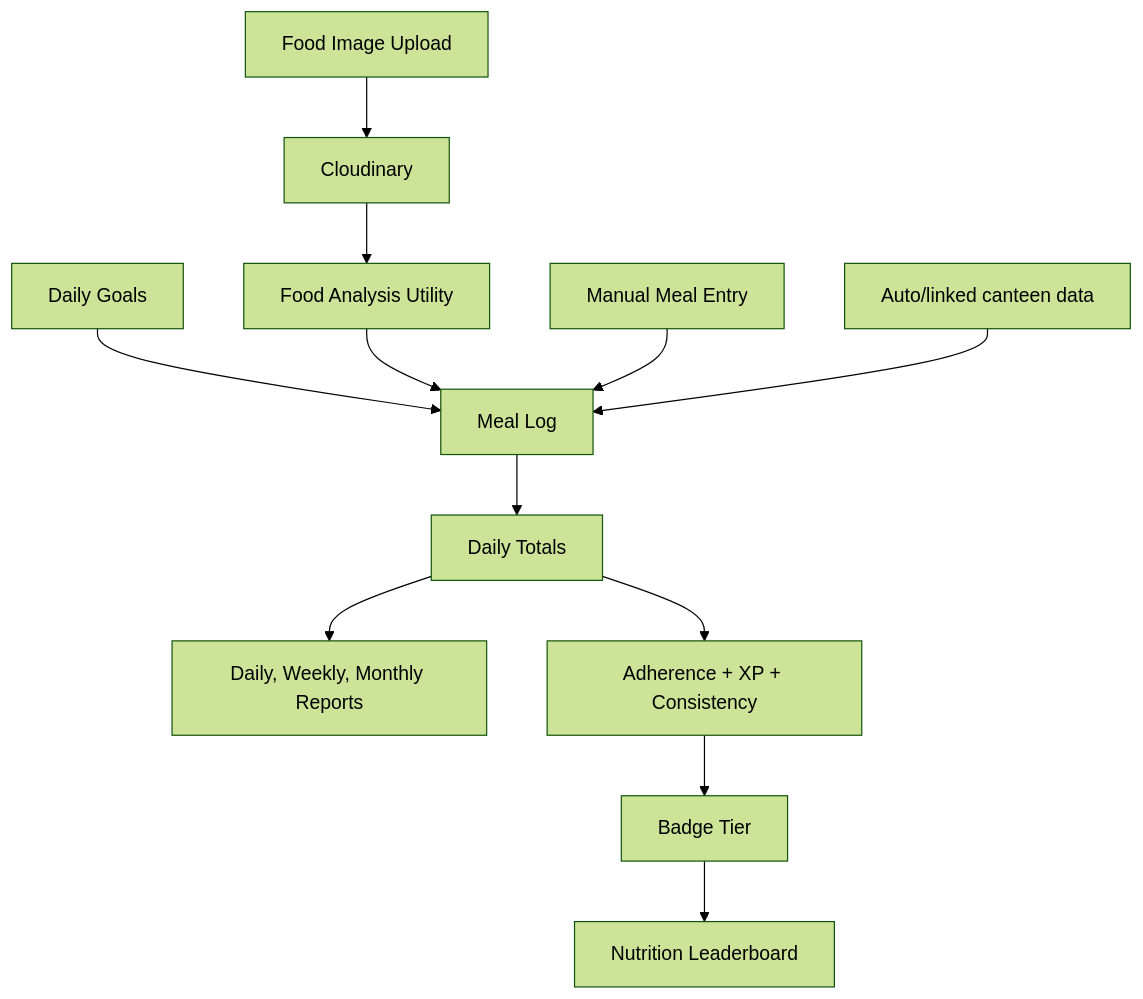
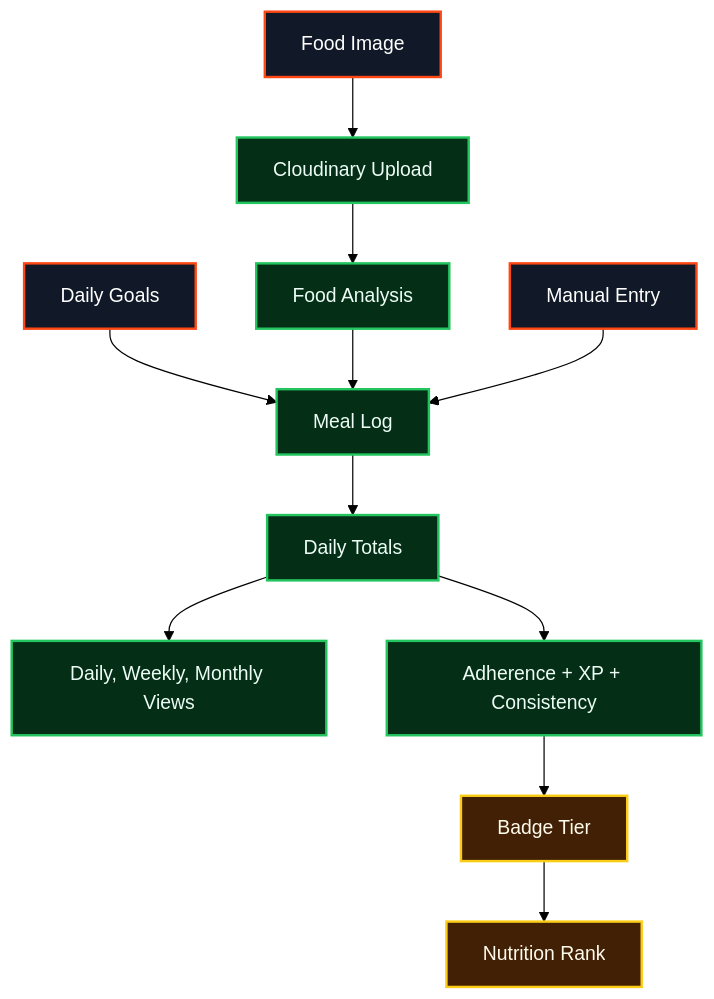
The sixth of 10 diagrams in README.md (dipeshkr04/UniFeast), drawn with Mermaid (forest theme) before and after one commit. The commit also changed other lines of this file and 4 other files, not shown here.

````diff
--- a/README.md
+++ b/README.md
@@ -150,15 +218,22 @@
 ```mermaid
 flowchart TD
-  Goals[Daily Goals] --> Log[Meal Log]
-  Upload[Food Image Upload] --> Cloudinary[Cloudinary]
-  Cloudinary --> AI[Food Analysis Utility]
-  AI --> Log
-  Manual[Manual Meal Entry] --> Log
-  Orders[Auto/linked canteen data] --> Log
+  Goals[Daily Goals] --> Meal[Meal Log]
+  Image[Food Image] --> Cloudinary[Cloudinary Upload]
+  Cloudinary --> Analyzer[Food Analysis]
+  Analyzer --> Meal
+  Manual[Manual Entry] --> Meal
 
-  Log --> Totals[Daily Totals]
-  Totals --> Reports[Daily, Weekly, Monthly Reports]
-  Totals --> Scoring[Adherence + XP + Consistency]
-  Scoring --> Badge[Badge Tier]
-  Badge --> Leaderboard[Nutrition Leaderboard]
+  Meal --> Totals[Daily Totals]
+  Totals --> Reports[Daily, Weekly, Monthly Views]
+  Totals --> Score[Adherence + XP + Consistency]
+  Score --> Badge[Badge Tier]
+  Badge --> Rank[Nutrition Rank]
+
+  classDef start fill:#111827,stroke:#ff4714,color:#fff,stroke-width:2px;
+  classDef nutrition fill:#052e16,stroke:#22c55e,color:#ecfdf5,stroke-width:2px;
+  classDef rank fill:#422006,stroke:#facc15,color:#fffbeb,stroke-width:2px;
+
+  class Goals,Image,Manual start;
+  class Cloudinary,Analyzer,Meal,Totals,Reports,Score nutrition;
+  class Badge,Rank rank;
 ```
````
